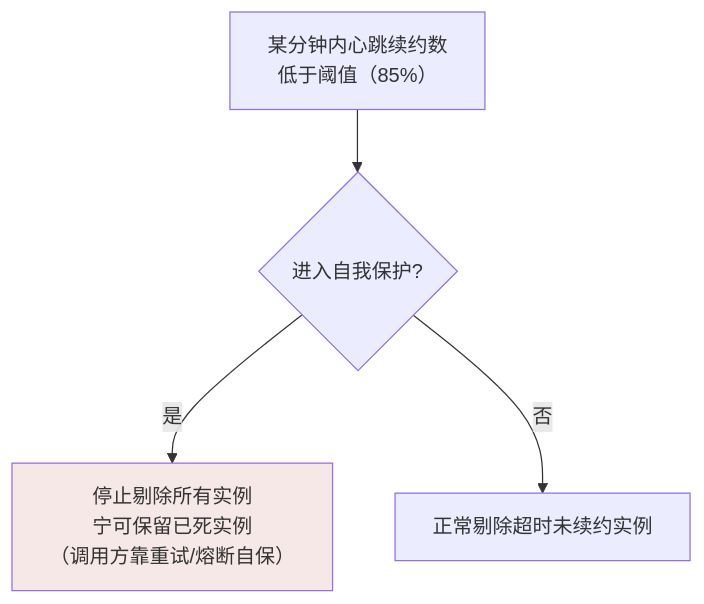
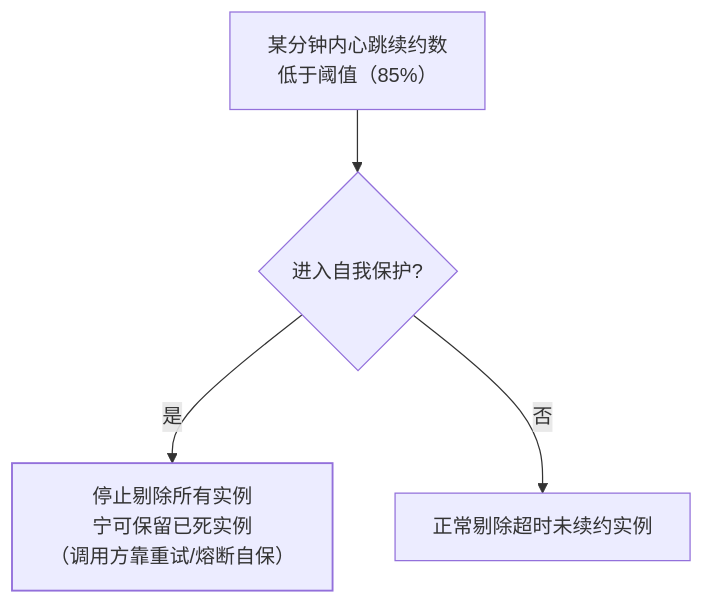
Before and after one commit to Loadhao/ascension: the second of 3 diagrams in src/content/docs/java/advanced/springcloud/02-registry.md, drawn with Mermaid. The commit also changed other lines of this file and 87 other files, not shown here.

First line of the commit message:
fix: 全站图表配色改由主题接管，修复暗色主题下浅底浅字看不清

````diff
--- a/src/content/docs/java/advanced/springcloud/02-registry.md
+++ b/src/content/docs/java/advanced/springcloud/02-registry.md
@@ -45,8 +46,9 @@
 ```mermaid
 flowchart TB
     A["某分钟内心跳续约数<br/>低于阈值（85%）"] --> B{"进入自我保护?"}
     B -->|是| C["停止剔除所有实例<br/>宁可保留已死实例<br/>（调用方靠重试/熔断自保）"]
     B -->|否| D["正常剔除超时未续约实例"]
 
-    style C fill:#f7e8e8
+    class C bad
+    classDef bad stroke-width:1.5px
 ```
````
